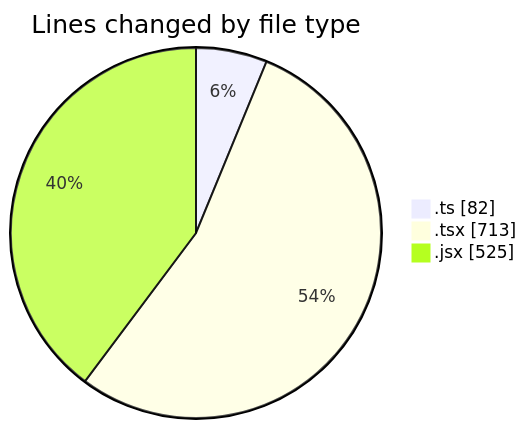
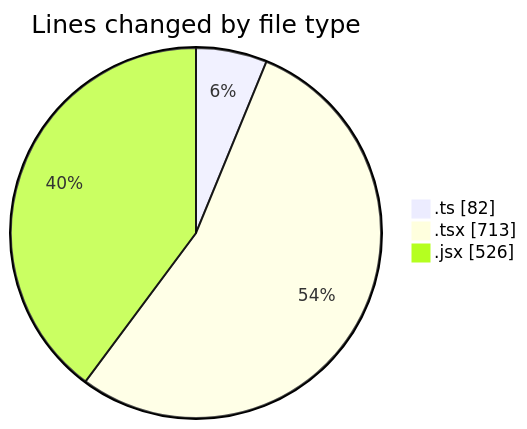
Before and after one commit to robertbonfada/code-tracking: the first of 2 diagrams in 2025-01-25/termonied-web/README.md, drawn with Mermaid. The commit also changed other lines of this file and 1 other file, not shown here.

````diff
--- a/2025-01-25/termonied-web/README.md
+++ b/2025-01-25/termonied-web/README.md
@@ -27,7 +27,7 @@
 ```mermaid
 pie showData
 title Lines changed by file type
 ".ts" : 82
 ".tsx" : 713
-".jsx" : 525
+".jsx" : 526
 ```
````
